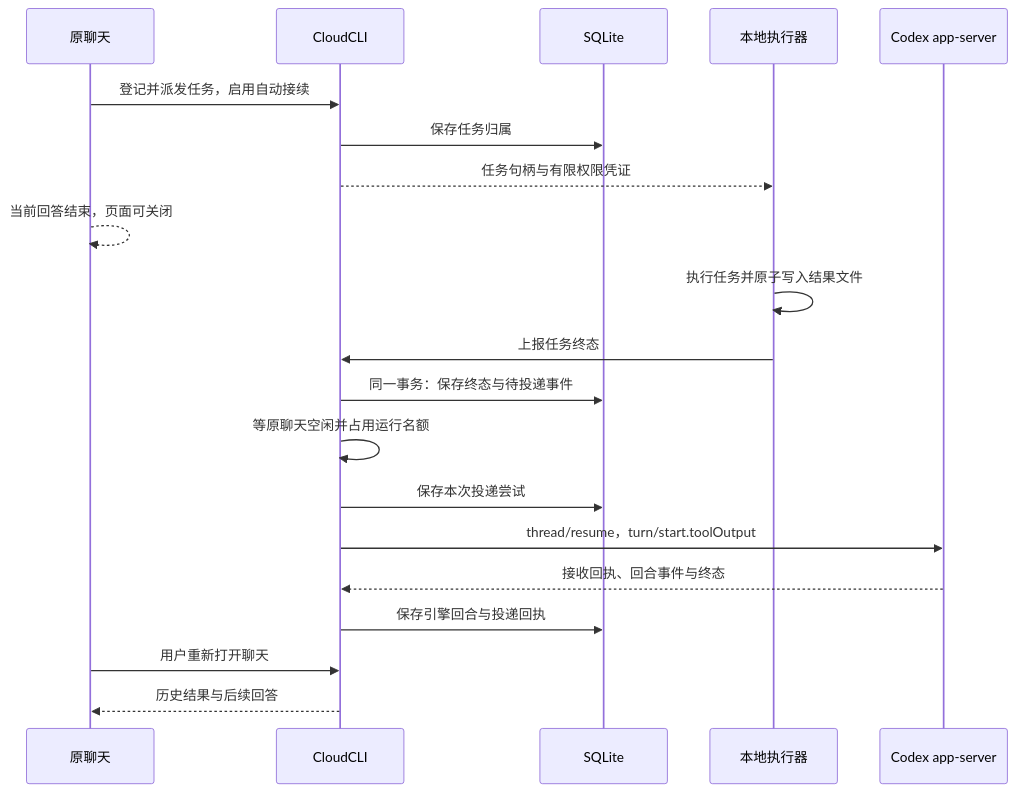
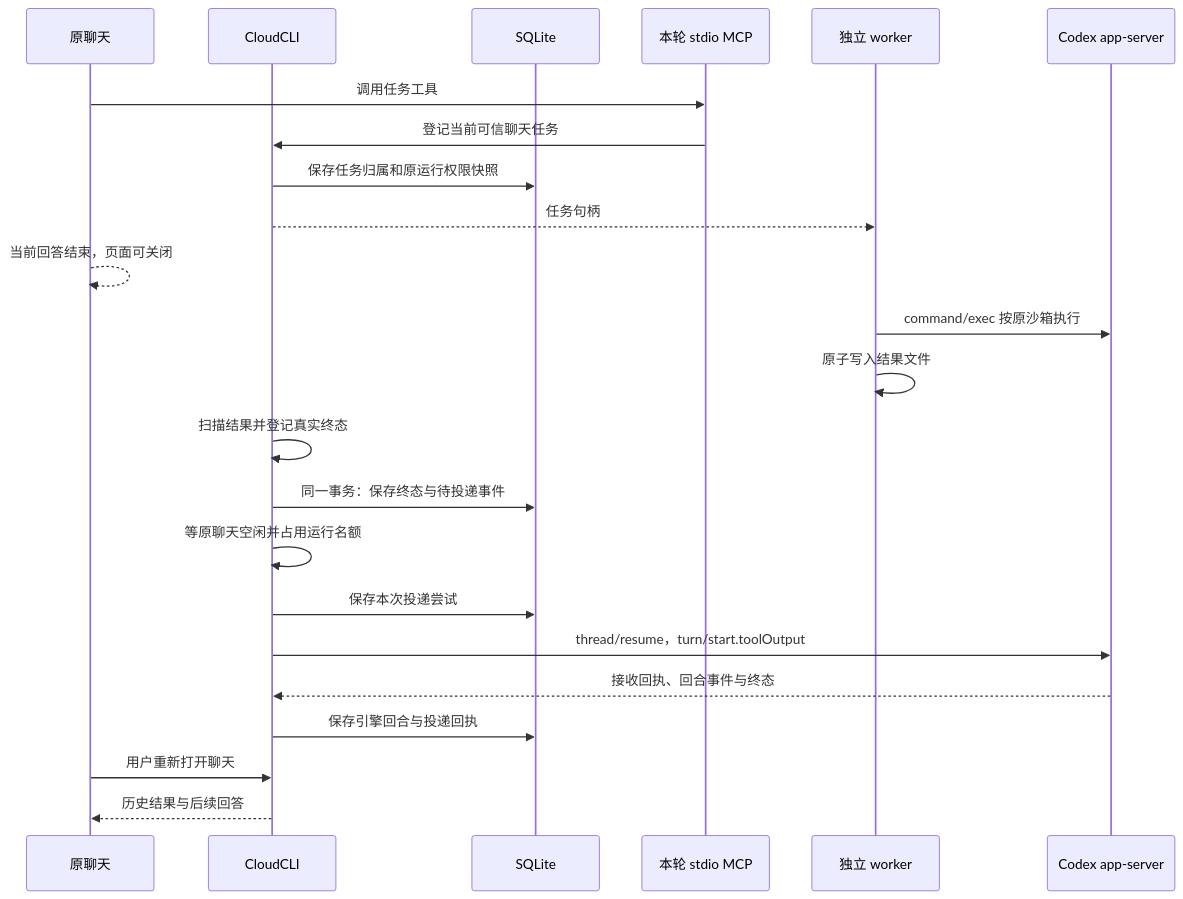
The first of 2 diagrams in docs/design/异步任务接续.md (flufy3d/cloudcli), drawn with Mermaid before and after one commit. The commit also changed other lines of this file and 60 other files, not shown here.

````diff
--- a/docs/design/异步任务接续.md
+++ b/docs/design/异步任务接续.md
@@ -42,22 +42,25 @@
 ```mermaid
 sequenceDiagram
     participant C as 原聊天
     participant H as CloudCLI
     participant D as SQLite
-    participant W as 本地执行器
+    participant M as 本轮 stdio MCP
+    participant W as 独立 worker
     participant X as Codex app-server
-    C->>H: 登记并派发任务，启用自动接续
-    H->>D: 保存任务归属
-    H-->>W: 任务句柄与有限权限凭证
+    C->>M: 调用任务工具
+    M->>H: 登记当前可信聊天任务
+    H->>D: 保存任务归属和原运行权限快照
+    H-->>W: 任务句柄
     C-->>C: 当前回答结束，页面可关闭
-    W->>W: 执行任务并原子写入结果文件
-    W->>H: 上报任务终态
+    W->>X: command/exec 按原沙箱执行
+    W->>W: 原子写入结果文件
+    H->>H: 扫描结果并登记真实终态
     H->>D: 同一事务：保存终态与待投递事件
     H->>H: 等原聊天空闲并占用运行名额
     H->>D: 保存本次投递尝试
     H->>X: thread/resume，turn/start.toolOutput
     X-->>H: 接收回执、回合事件与终态
     H->>D: 保存引擎回合与投递回执
     C->>H: 用户重新打开聊天
     H-->>C: 历史结果与后续回答
 ```
````
